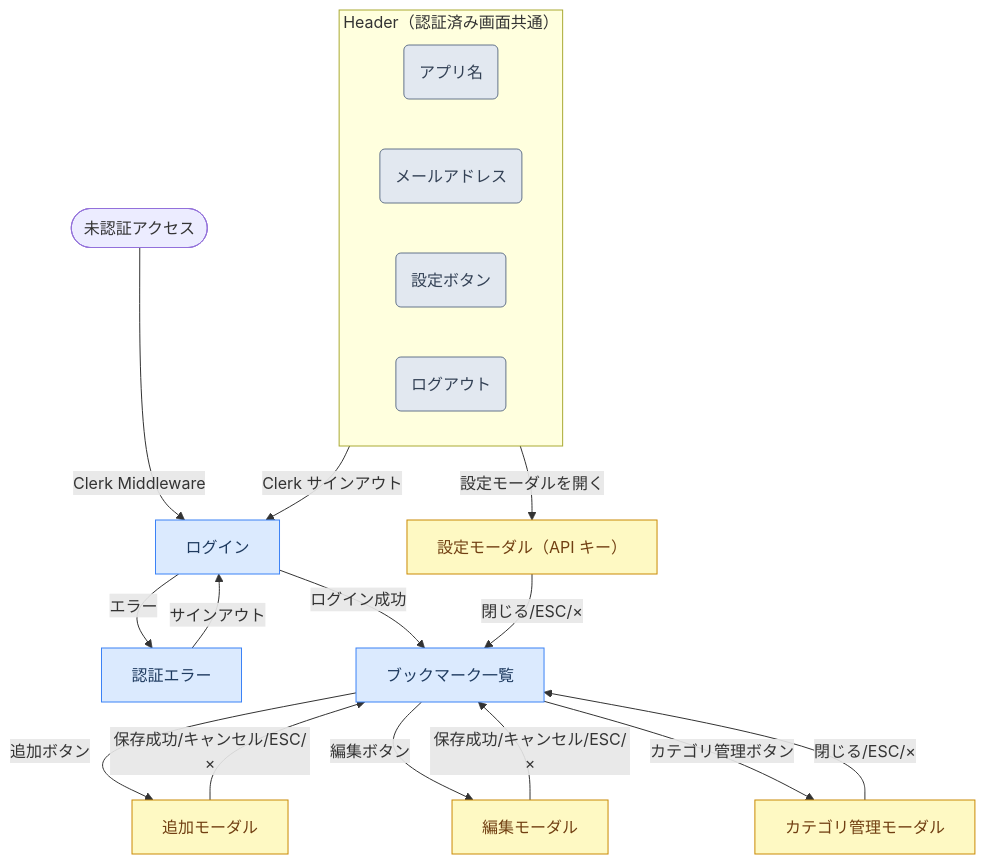
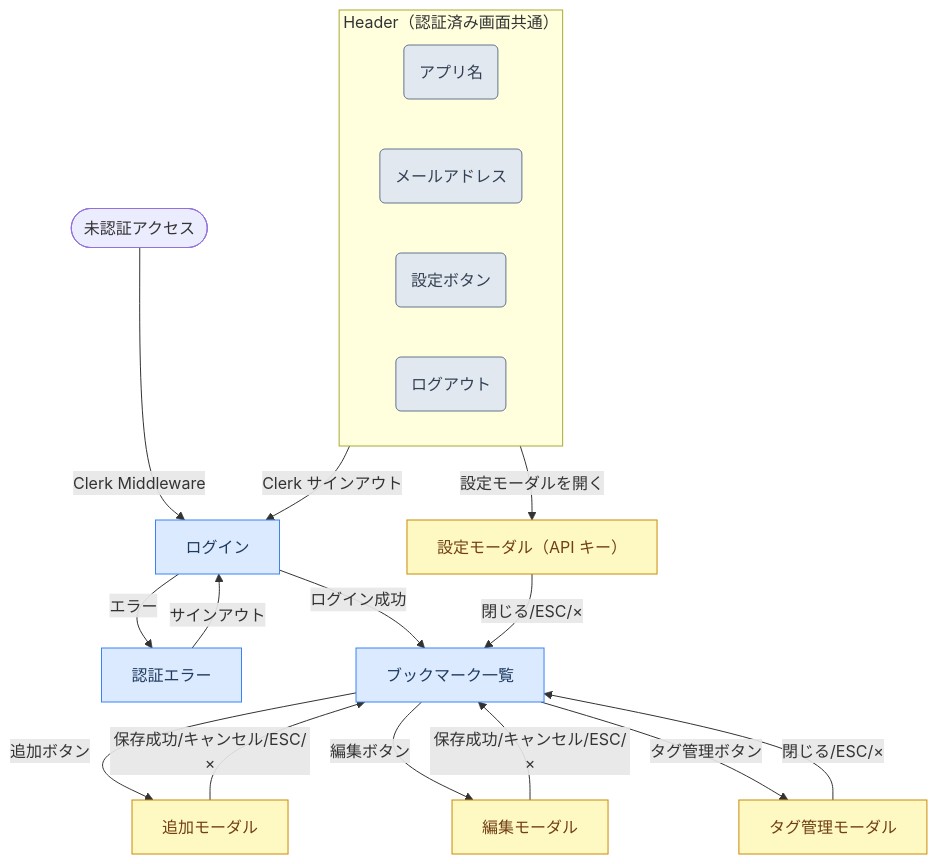
One commit to ot-nemoto/link-hub changed the diagram in docs/ui.md. Above: the diagram before and after it, drawn with Mermaid. The commit also changed other lines of this file and 27 other files, not shown here.

````diff
--- a/docs/ui.md
+++ b/docs/ui.md
@@ -15,41 +15,41 @@
 ```mermaid
 flowchart TD
     classDef screen fill:#dbeafe,stroke:#3b82f6,color:#1e3a5f
     classDef modal fill:#fef9c3,stroke:#ca8a04,color:#713f12
     classDef nav fill:#e2e8f0,stroke:#64748b,color:#334155
 
     UNAUTH([未認証アクセス])
     LOGIN[ログイン]:::screen
     AUTH_ERROR[認証エラー]:::screen
     LIST[ブックマーク一覧]:::screen
 
     ADD_MODAL[追加モーダル]:::modal
     EDIT_MODAL[編集モーダル]:::modal
-    TAG_MODAL[カテゴリ管理モーダル]:::modal
+    TAG_MODAL[タグ管理モーダル]:::modal
     SETTINGS_MODAL[設定モーダル（API キー）]:::modal
 
     UNAUTH -->|Clerk Middleware| LOGIN
     LOGIN -->|ログイン成功| LIST
     LOGIN -->|エラー| AUTH_ERROR
     AUTH_ERROR -->|サインアウト| LOGIN
 
     LIST -->|追加ボタン| ADD_MODAL
     LIST -->|編集ボタン| EDIT_MODAL
-    LIST -->|カテゴリ管理ボタン| TAG_MODAL
+    LIST -->|タグ管理ボタン| TAG_MODAL
 
     ADD_MODAL -->|保存成功/キャンセル/ESC/×| LIST
     EDIT_MODAL -->|保存成功/キャンセル/ESC/×| LIST
     TAG_MODAL -->|閉じる/ESC/×| LIST
     SETTINGS_MODAL -->|閉じる/ESC/×| LIST
 
     subgraph Header ["Header（認証済み画面共通）"]
         direction LR
         H_APP(アプリ名):::nav
         H_EMAIL(メールアドレス):::nav
         H_SETTINGS(設定ボタン):::nav
         H_LOGOUT(ログアウト):::nav
     end
 
     H_SETTINGS -->|設定モーダルを開く| SETTINGS_MODAL
     H_LOGOUT -->|Clerk サインアウト| LOGIN
 ```
````
